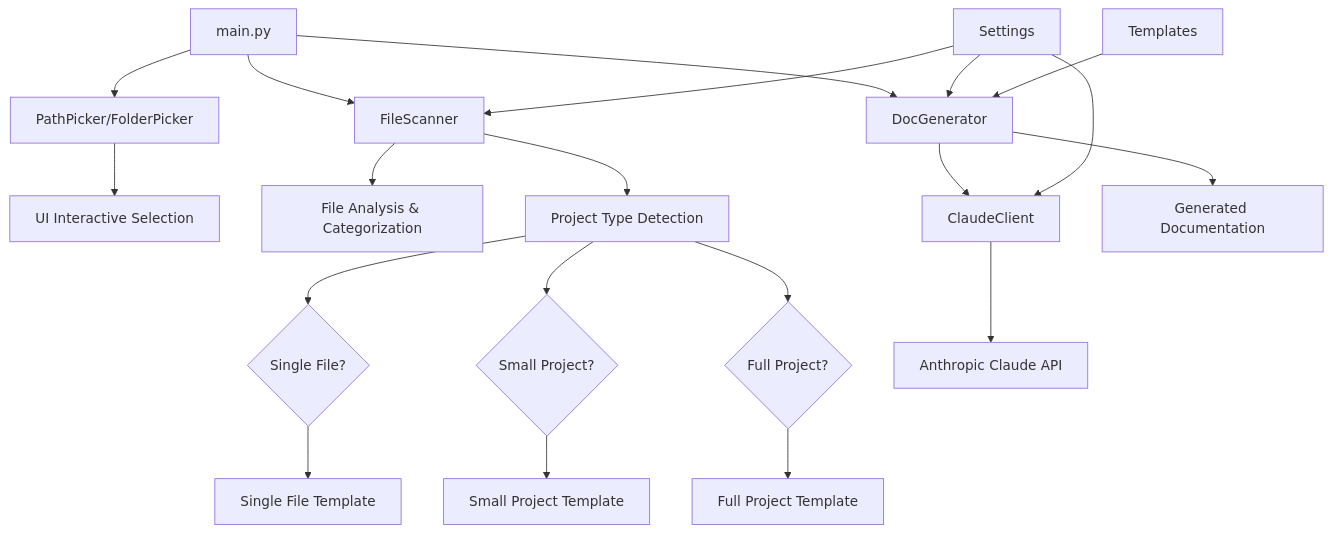
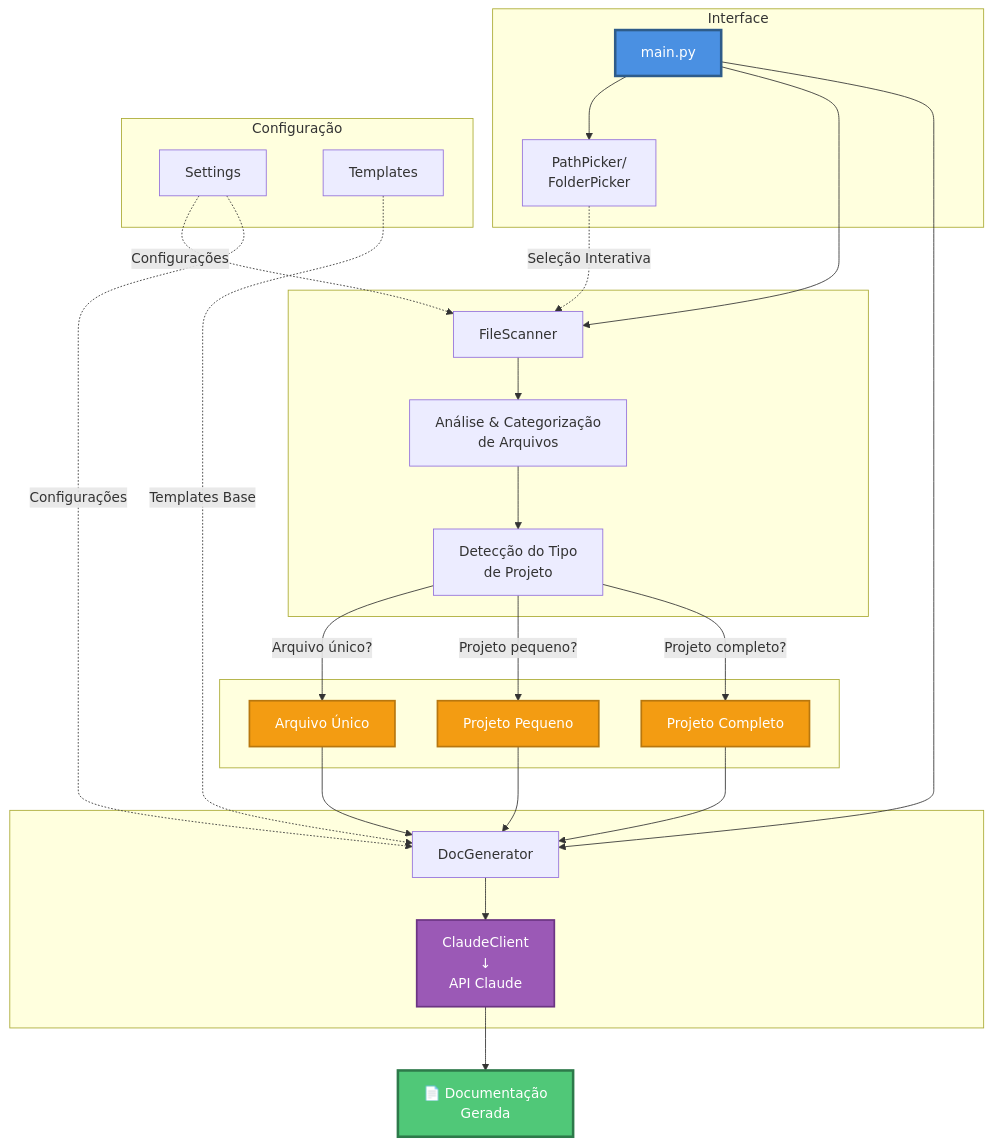
The diagram in README.md (Mustasheep/nawi-agent), drawn with Mermaid before and after one commit.

Commit message:
Refactor system architecture diagram in README

````diff
--- a/README.md
+++ b/README.md
@@ -25,28 +25,59 @@
 ```mermaid
 graph TB
-    A[main.py] --> B[PathPicker/FolderPicker]
-    A --> C[FileScanner]
-    A --> D[DocGenerator]
+    subgraph "Interface"
+        A[main.py]
+        B[PathPicker/<br/>FolderPicker]
+    end
     
-    B --> E[UI Interactive Selection]
-    C --> F[File Analysis & Categorization]
-    D --> G[ClaudeClient]
+    subgraph "Configuração"
+        H[Settings]
+        I[Templates]
+    end
     
-    H[Settings] --> C
-    H --> D
-    H --> G
+    subgraph " "
+        C[FileScanner]
+        F[Análise & Categorização<br/>de Arquivos]
+        J[Detecção do Tipo<br/>de Projeto]
+    end
     
-    I[Templates] --> D
+    subgraph " "
+        N[Arquivo Único]
+        O[Projeto Pequeno]
+        P[Projeto Completo]
+    end
     
-    C --> J[Project Type Detection]
-    J --> K{Single File?}
-    J --> L{Small Project?}
-    J --> M{Full Project?}
+    subgraph " "
+        D[DocGenerator]
+        G[ClaudeClient<br/>↓<br/>API Claude]
+    end
     
-    K --> N[Single File Template]
-    L --> O[Small Project Template]
-    M --> P[Full Project Template]
+    A --> B
+    A --> C
+    A --> D
     
-    G --> Q[Anthropic Claude API]
-    D --> R[Generated Documentation]
+    B -.->|Seleção Interativa| C
+    H -.->|Configurações| C
+    H -.->|Configurações| D
+    I -.->|Templates Base| D
+    
+    C --> F
+    F --> J
+    
+    J -->|Arquivo único?| N
+    J -->|Projeto pequeno?| O
+    J -->|Projeto completo?| P
+    
+    N --> D
+    O --> D
+    P --> D
+    
+    D --> G
+    G --> R[📄 Documentação<br/>Gerada]
+    
+    style A fill:#4A90E2,stroke:#2E5C8A,stroke-width:3px,color:#fff
+    style R fill:#50C878,stroke:#2D7A4A,stroke-width:3px,color:#fff
+    style G fill:#9B59B6,stroke:#6C3483,stroke-width:2px,color:#fff
+    style N fill:#F39C12,stroke:#B8770E,stroke-width:2px,color:#fff
+    style O fill:#F39C12,stroke:#B8770E,stroke-width:2px,color:#fff
+    style P fill:#F39C12,stroke:#B8770E,stroke-width:2px,color:#fff
 ```
````
